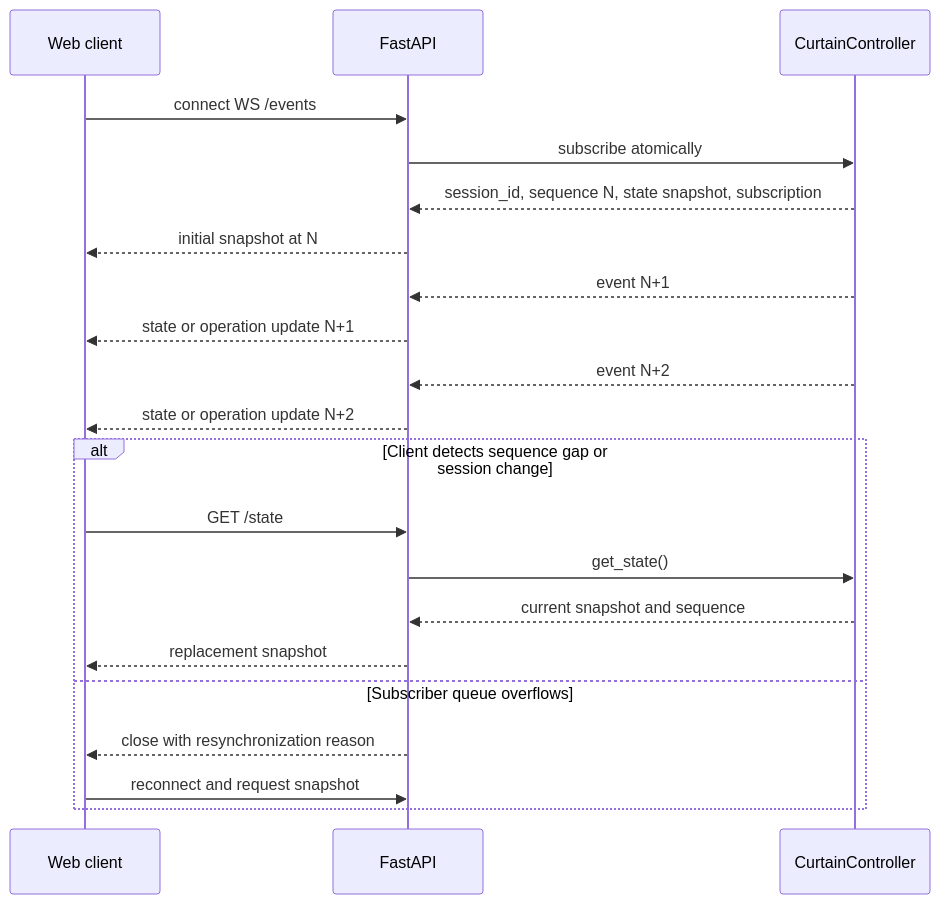
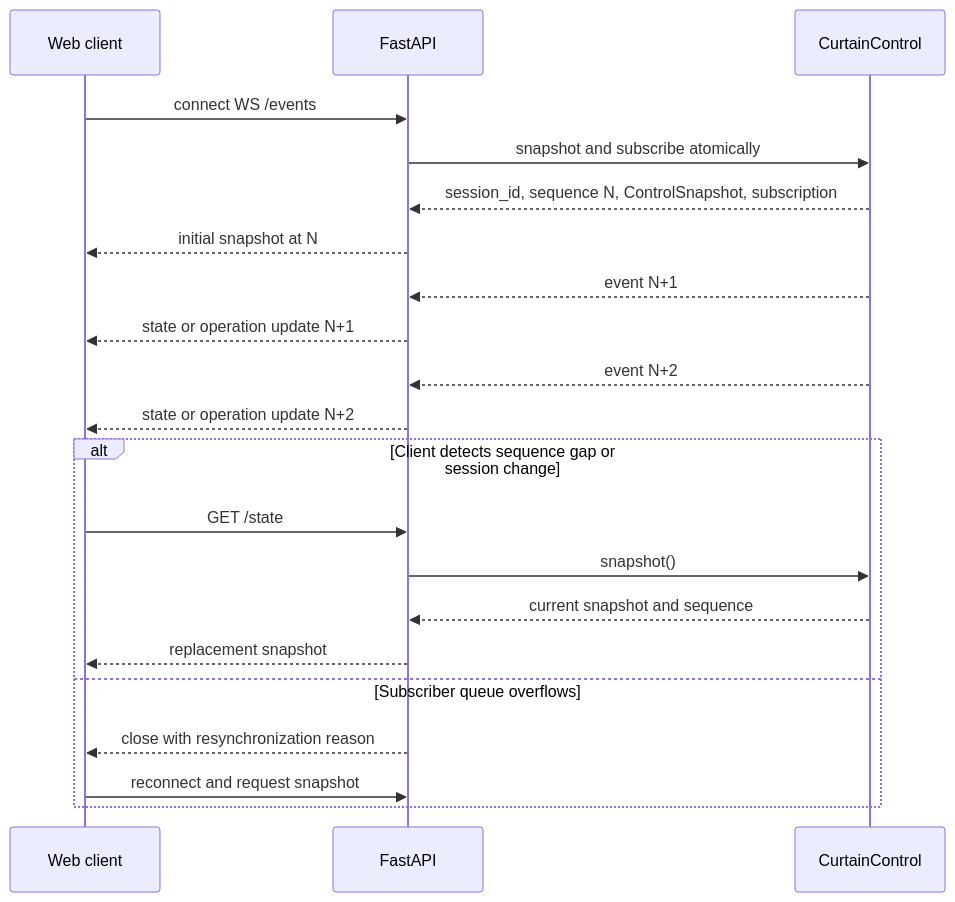
The fourth of 10 diagrams in curtain_control_spec.md (bhlarson/CurtainControl), drawn with Mermaid before and after one commit. The commit also changed other lines of this file and 3 other files, not shown here.

````diff
--- a/curtain_control_spec.md
+++ b/curtain_control_spec.md
@@ -637,25 +704,25 @@
 ```mermaid
 sequenceDiagram
     participant Client as Web client
     participant API as FastAPI
-    participant Controller as CurtainController
+    participant Control as CurtainControl
 
     Client->>API: connect WS /events
-    API->>Controller: subscribe atomically
-    Controller-->>API: session_id, sequence N, state snapshot, subscription
+    API->>Control: snapshot and subscribe atomically
+    Control-->>API: session_id, sequence N, ControlSnapshot, subscription
     API-->>Client: initial snapshot at N
-    Controller-->>API: event N+1
+    Control-->>API: event N+1
     API-->>Client: state or operation update N+1
-    Controller-->>API: event N+2
+    Control-->>API: event N+2
     API-->>Client: state or operation update N+2
 
     alt Client detects sequence gap or session change
         Client->>API: GET /state
-        API->>Controller: get_state()
-        Controller-->>API: current snapshot and sequence
+        API->>Control: snapshot()
+        Control-->>API: current snapshot and sequence
         API-->>Client: replacement snapshot
     else Subscriber queue overflows
         API-->>Client: close with resynchronization reason
         Client->>API: reconnect and request snapshot
     end
 ```
````
